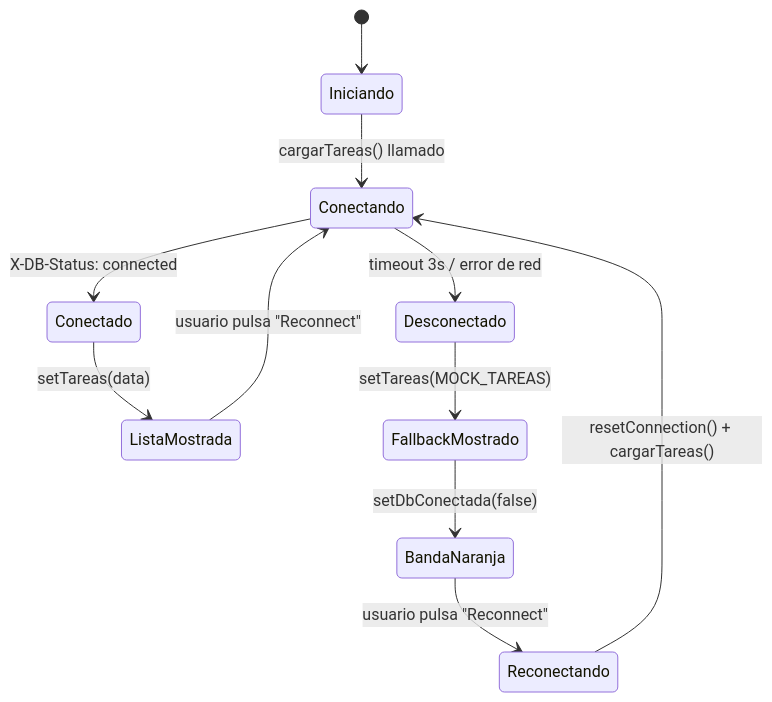
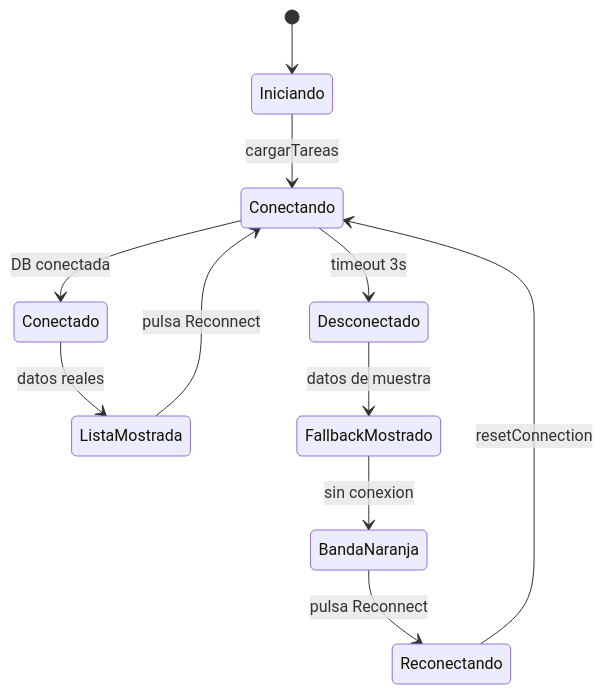
One commit to Jorgeaapaz/MISEIA_1-1-50_lista-tareas changed the diagram in README.md. Above: the diagram before and after it, drawn with Mermaid.

Commit message:
fix: sanitize Mermaid state diagram labels for compatibility with v10.7.0
Removed colons inside labels (X-DB-Status: connected -> DB conectada),
parentheses (cargarTareas() -> cargarTareas), and quotes from transition
labels — all cause syntax errors in Mermaid 10.7.0 used by GitLab.

````diff
--- a/README.md
+++ b/README.md
@@ -718,13 +718,13 @@
 ```mermaid
 stateDiagram-v2
     [*] --> Iniciando
-    Iniciando --> Conectando : cargarTareas() llamado
-    Conectando --> Conectado : X-DB-Status: connected
-    Conectando --> Desconectado : timeout 3s / error de red
-    Conectado --> ListaMostrada : setTareas(data)
-    Desconectado --> FallbackMostrado : setTareas(MOCK_TAREAS)
-    FallbackMostrado --> BandaNaranja : setDbConectada(false)
-    BandaNaranja --> Reconectando : usuario pulsa "Reconnect"
-    Reconectando --> Conectando : resetConnection() + cargarTareas()
-    ListaMostrada --> Conectando : usuario pulsa "Reconnect"
+    Iniciando --> Conectando : cargarTareas
+    Conectando --> Conectado : DB conectada
+    Conectando --> Desconectado : timeout 3s
+    Conectado --> ListaMostrada : datos reales
+    Desconectado --> FallbackMostrado : datos de muestra
+    FallbackMostrado --> BandaNaranja : sin conexion
+    BandaNaranja --> Reconectando : pulsa Reconnect
+    Reconectando --> Conectando : resetConnection
+    ListaMostrada --> Conectando : pulsa Reconnect
 ```
````
